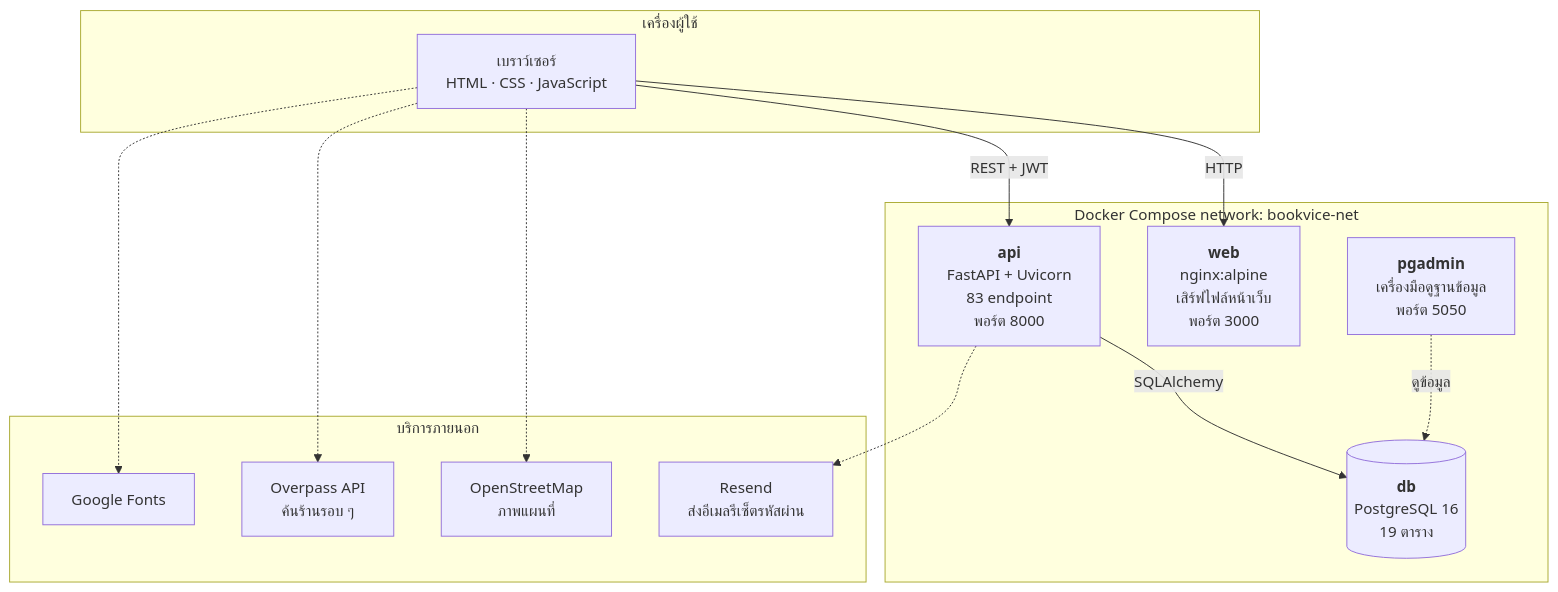
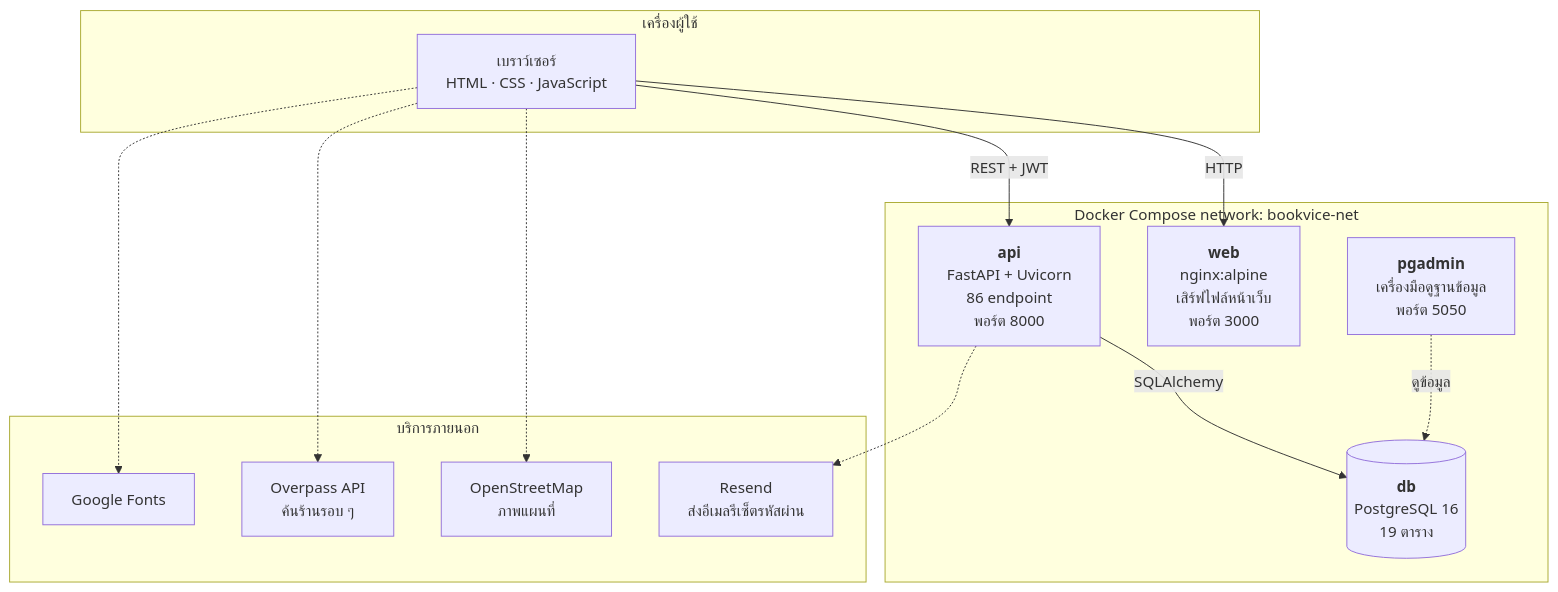
The first of 4 diagrams in docs/ARCHITECTURE.md (67160333/WebApplicationDevelopment), drawn with Mermaid before and after one commit. The commit also changed other lines of this file and 30 other files, not shown here.

````diff
--- a/docs/ARCHITECTURE.md
+++ b/docs/ARCHITECTURE.md
@@ -25,29 +25,29 @@
 ```mermaid
 graph TB
     subgraph client["เครื่องผู้ใช้"]
         B["เบราว์เซอร์<br/>HTML · CSS · JavaScript"]
     end
 
     subgraph docker["Docker Compose network: bookvice-net"]
         W["<b>web</b><br/>nginx:alpine<br/>เสิร์ฟไฟล์หน้าเว็บ<br/>พอร์ต 3000"]
-        A["<b>api</b><br/>FastAPI + Uvicorn<br/>83 endpoint<br/>พอร์ต 8000"]
+        A["<b>api</b><br/>FastAPI + Uvicorn<br/>86 endpoint<br/>พอร์ต 8000"]
         D[("<b>db</b><br/>PostgreSQL 16<br/>19 ตาราง")]
         P["<b>pgadmin</b><br/>เครื่องมือดูฐานข้อมูล<br/>พอร์ต 5050"]
     end
 
     subgraph ext["บริการภายนอก"]
         OSM["OpenStreetMap<br/>ภาพแผนที่"]
         OVP["Overpass API<br/>ค้นร้านรอบ ๆ"]
         RSD["Resend<br/>ส่งอีเมลรีเซ็ตรหัสผ่าน"]
         GF["Google Fonts"]
     end
 
     B -->|"HTTP"| W
     B -->|"REST + JWT"| A
     A -->|"SQLAlchemy"| D
     P -.->|"ดูข้อมูล"| D
     B -.-> OSM
     B -.-> OVP
     B -.-> GF
     A -.-> RSD
 ```
````
